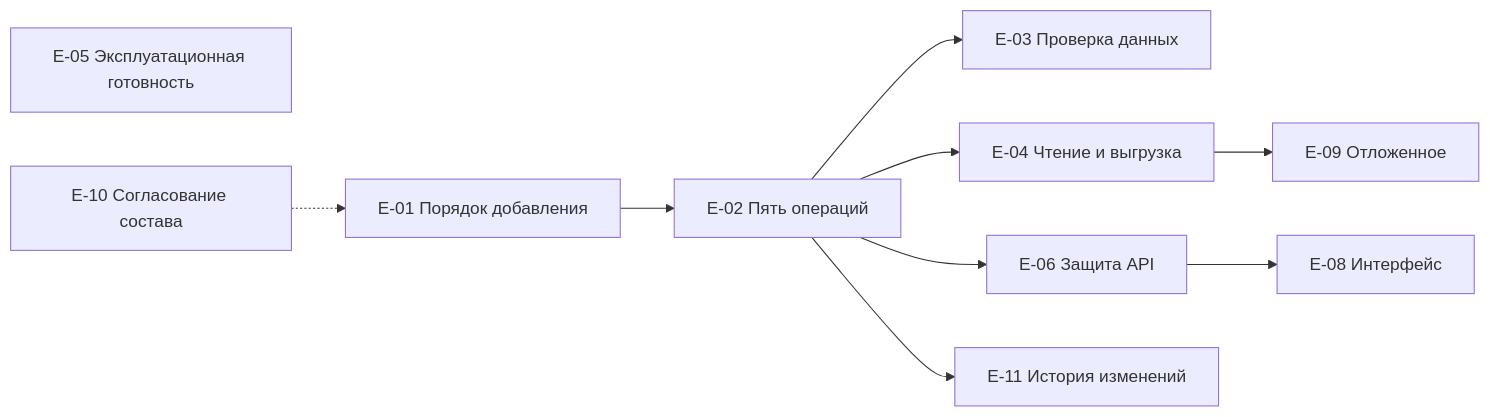
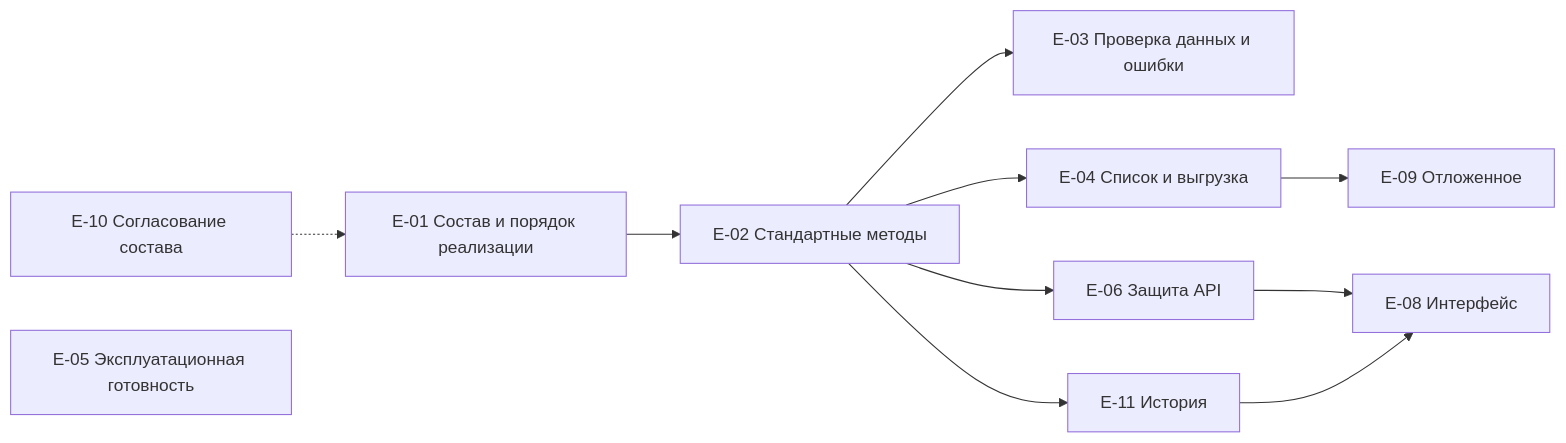
One commit to MEPhI-C22-501/arch-info-system-monorepo changed the diagram in reference-manager/docs/block-c-requirements-and-roles/090.features-epics.md. Above: the diagram before and after it, drawn with Mermaid. The commit also changed other lines of this file and 30 other files, not shown here.

````diff
--- a/reference-manager/docs/block-c-requirements-and-roles/090.features-epics.md
+++ b/reference-manager/docs/block-c-requirements-and-roles/090.features-epics.md
@@ -24,12 +24,13 @@
 ```mermaid
 flowchart LR
-    E01["E-01 Порядок добавления"] --> E02["E-02 Пять операций"]
-    E02 --> E03["E-03 Проверка данных"]
-    E02 --> E04["E-04 Чтение и выгрузка"]
+    E10["E-10 Согласование состава"] -.-> E01["E-01 Состав и порядок реализации"]
+    E01 --> E02["E-02 Стандартные методы"]
+    E02 --> E03["E-03 Проверка данных и ошибки"]
+    E02 --> E04["E-04 Список и выгрузка"]
+    E02 --> E11["E-11 История"]
     E05["E-05 Эксплуатационная готовность"]
     E02 --> E06["E-06 Защита API"]
-    E02 --> E11["E-11 История изменений"]
     E06 --> E08["E-08 Интерфейс"]
+    E11 --> E08
     E04 --> E09["E-09 Отложенное"]
-    E10["E-10 Согласование состава"] -.-> E01
 ```
````
